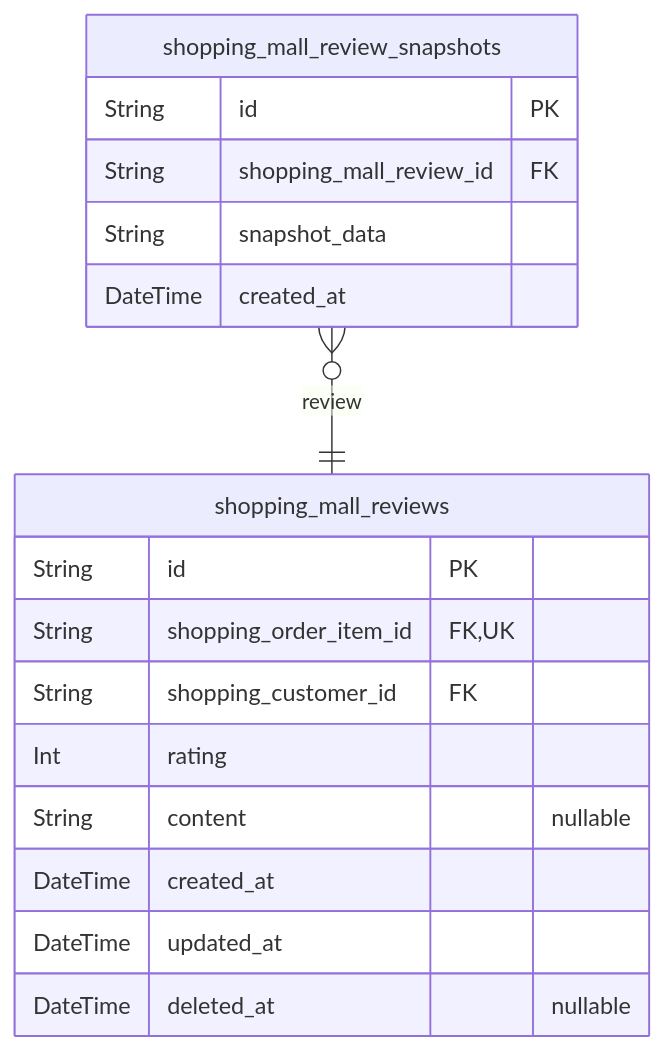
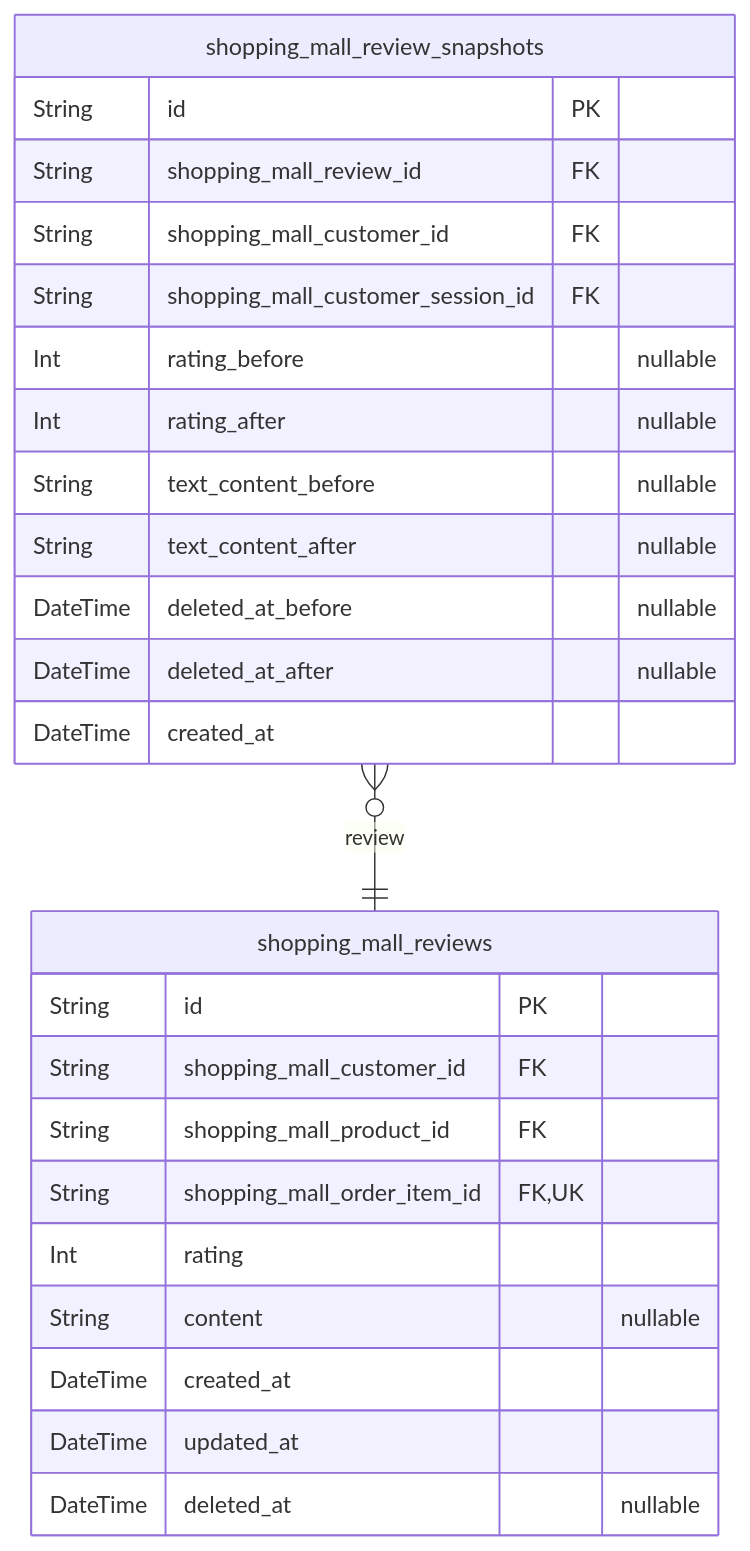
The seventh of 10 diagrams in qwen/qwen3.5-27b/shopping/docs/ERD.md (wrtnlabs/autobe-examples), drawn with Mermaid before and after one commit. The commit also changed other lines of this file and 32093 other files, not shown here.

````diff
--- a/qwen/qwen3.5-27b/shopping/docs/ERD.md
+++ b/qwen/qwen3.5-27b/shopping/docs/ERD.md
@@ -1072,20 +2471,28 @@
 ```mermaid
 erDiagram
 "shopping_mall_reviews" {
   String id PK
-  String shopping_order_item_id FK,UK
-  String shopping_customer_id FK
+  String shopping_mall_customer_id FK
+  String shopping_mall_product_id FK
+  String shopping_mall_order_item_id FK,UK
   Int rating
   String content "nullable"
   DateTime created_at
   DateTime updated_at
   DateTime deleted_at "nullable"
 }
 "shopping_mall_review_snapshots" {
   String id PK
   String shopping_mall_review_id FK
-  String snapshot_data
+  String shopping_mall_customer_id FK
+  String shopping_mall_customer_session_id FK
+  Int rating_before "nullable"
+  Int rating_after "nullable"
+  String text_content_before "nullable"
+  String text_content_after "nullable"
+  DateTime deleted_at_before "nullable"
+  DateTime deleted_at_after "nullable"
   DateTime created_at
 }
 "shopping_mall_review_snapshots" }o--|| "shopping_mall_reviews" : review
 ```
````
